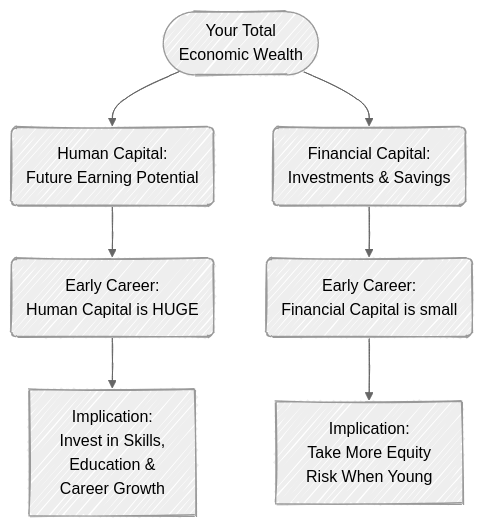
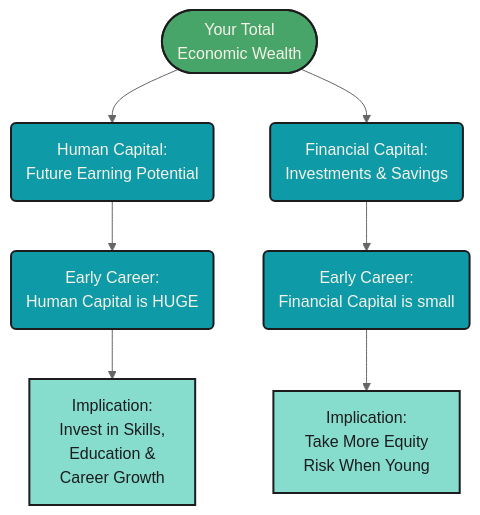
Before and after one commit to mjfrigaard/fm-finance: the first of 2 diagrams in income.qmd, drawn with Mermaid. The commit also changed other lines of this file and 5 other files, not shown here.

Commit message:
updates to mermaid

````diff
--- a/income.qmd
+++ b/income.qmd
@@ -52,14 +52,21 @@
 ```{mermaid}
 %%| fig-cap: ' Human Capital'
 %%| fig-align: center
-%%{init: {'theme': 'neutral', 'look': 'handDrawn', 'themeVariables': { 'fontFamily': 'monospace', "fontSize":"16px"}}}%%
+%%{init: {'theme': 'neutral', 'themeVariables': { 'fontFamily': 'monospace', "fontSize":"16px"}}}%%
 
 flowchart TD
     TotalWealth(["Your Total<br>Economic Wealth"]) --> HumanCapital("Human Capital:<br/>Future Earning Potential")
     TotalWealth --> FinancialCapital("Financial Capital:<br/>Investments & Savings")
     HumanCapital --> EarlyCareer("Early Career:<br/>Human Capital is HUGE")
     FinancialCapital --> EarlyCareer2("Early Career:<br/>Financial Capital is small")
     EarlyCareer --> Implication["Implication:<br>Invest in Skills,<br/>Education &<br>Career Growth"]
     EarlyCareer2 --> Implication2[Implication:<br>Take More Equity<br>Risk When Young]
+    style TotalWealth fill:#48a56a,color:#F5F2E8,stroke:#1C1C1E,stroke-width:2px
+    style HumanCapital fill:#0e9aa7,color:#F5F2E8,stroke:#1C1C1E,stroke-width:2px
+    style FinancialCapital fill:#0e9aa7,color:#F5F2E8,stroke:#1C1C1E,stroke-width:2px
+    style EarlyCareer fill:#0e9aa7,color:#F5F2E8,stroke:#1C1C1E,stroke-width:2px
+    style EarlyCareer2 fill:#0e9aa7,color:#F5F2E8,stroke:#1C1C1E,stroke-width:2px
+    style Implication fill:#86ddcd,color:#1C1C1E,stroke:#1C1C1E,stroke-width:2px
+    style Implication2 fill:#86ddcd,color:#1C1C1E,stroke:#1C1C1E,stroke-width:2px
 
 ```
````
